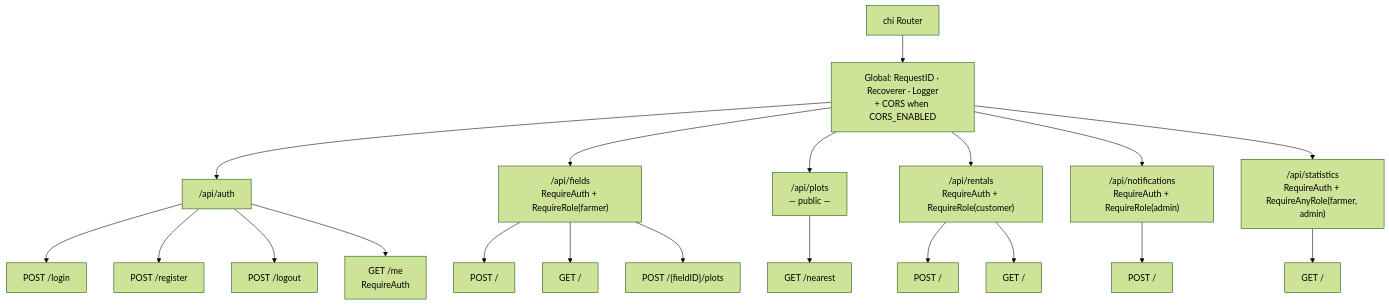
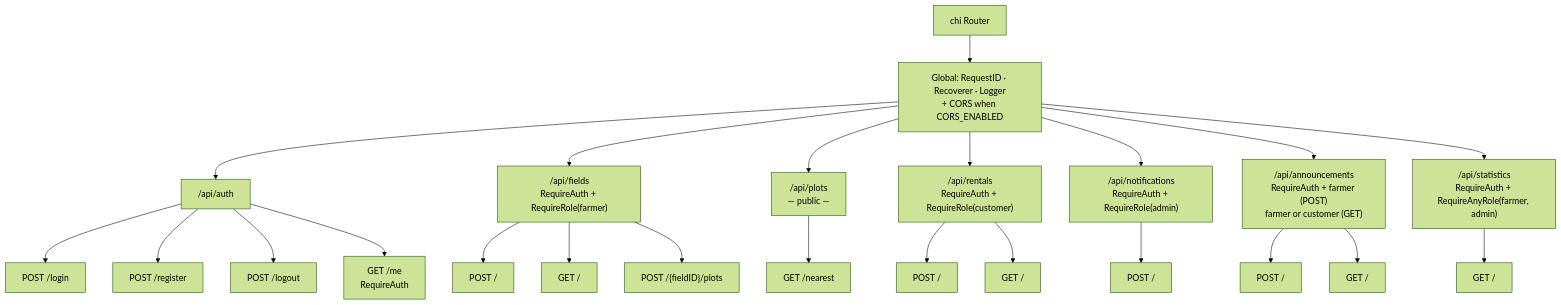
One commit to Neue-Konzepte-BaaS/backend changed the fifth of 16 diagrams in ARCHITECTURE.md. Above: the diagram before and after it, drawn with Mermaid (forest theme). The commit also changed other lines of this file and 20 other files, not shown here.

First line of the commit message:
feat: Schwarzes Brett — farmer announcements to current renters

````diff
--- a/ARCHITECTURE.md
+++ b/ARCHITECTURE.md
@@ -235,29 +235,33 @@
 ```mermaid
 graph TD
     R["chi Router"] --> G["Global: RequestID · Recoverer · Logger<br/>+ CORS when CORS_ENABLED"]
 
     G --> A["/api/auth"]
     G --> F["/api/fields<br/>RequireAuth + RequireRole(farmer)"]
     G --> P["/api/plots<br/>— public —"]
     G --> RE["/api/rentals<br/>RequireAuth + RequireRole(customer)"]
     G --> N["/api/notifications<br/>RequireAuth + RequireRole(admin)"]
+    G --> AN["/api/announcements<br/>RequireAuth + farmer (POST)<br/>farmer or customer (GET)"]
     G --> ST["/api/statistics<br/>RequireAuth + RequireAnyRole(farmer, admin)"]
 
     A --> A1["POST /login"]
     A --> A2["POST /register"]
     A --> A3["POST /logout"]
     A --> A4["GET /me<br/>RequireAuth"]
 
     F --> F1["POST /"]
     F --> F2["GET /"]
     F --> F3["POST /{fieldID}/plots"]
 
     P --> P1["GET /nearest"]
 
     RE --> R1["POST /"]
     RE --> R2["GET /"]
 
     N --> N1["POST /"]
 
+    AN --> AN1["POST /"]
+    AN --> AN2["GET /"]
+
     ST --> ST1["GET /"]
 ```
````
